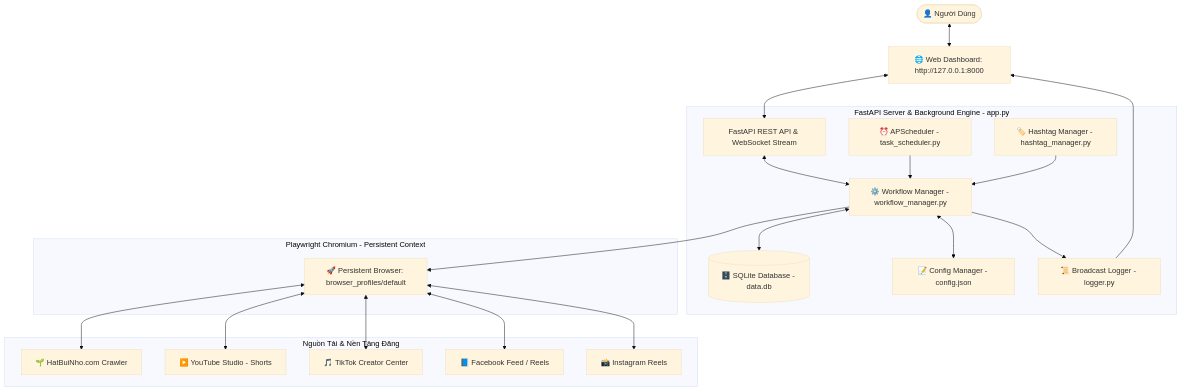
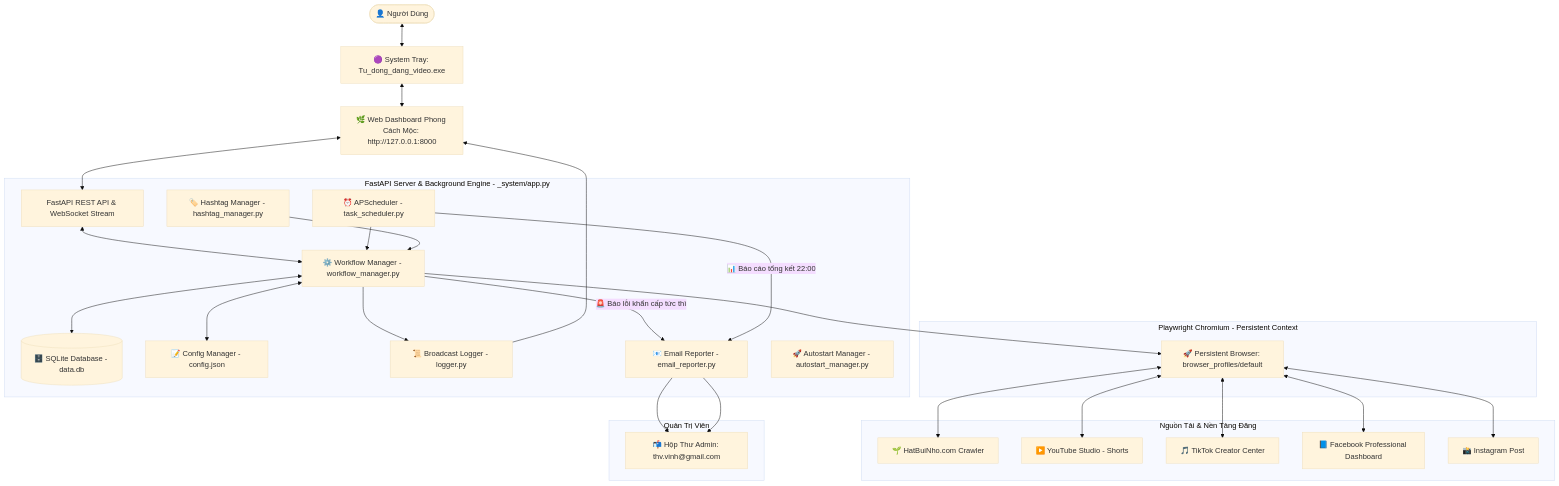
Before and after one commit to ngonco/dangvideo: the diagram in _system/SYSTEM_MAP.MD, drawn with Mermaid (base theme). The commit also changed other lines of this file and 33 other files, not shown here.

First line of the commit message:
Hoan thien dang YT/TT/FB hen native, Instagram Bai viet copy permalink, go chu ky #hatbuinho va them hashtag AI khi tai.

````diff
--- a/_system/SYSTEM_MAP.MD
+++ b/_system/SYSTEM_MAP.MD
@@ -25,41 +30,51 @@
 ```mermaid
 graph TD
-    User([👤 Người Dùng]) <--> Dashboard[🌐 Web Dashboard: http://127.0.0.1:8000]
+    User([👤 Người Dùng]) <--> Tray[🟣 System Tray: Tu_dong_dang_video.exe]
+    Tray <--> Dashboard[🌿 Web Dashboard Phong Cách Mộc: http://127.0.0.1:8000]
     
-    subgraph Core Backend [FastAPI Server & Background Engine - app.py]
+    subgraph Core Backend [FastAPI Server & Background Engine - _system/app.py]
         API[FastAPI REST API & WebSocket Stream]
         Scheduler[⏰ APScheduler - task_scheduler.py]
         WorkflowMgr[⚙️ Workflow Manager - workflow_manager.py]
         DB[(🗄️ SQLite Database - data.db)]
         ConfigMgr[📝 Config Manager - config.json]
         Logger[📜 Broadcast Logger - logger.py]
         HashtagMgr[🏷️ Hashtag Manager - hashtag_manager.py]
+        EmailReporter[📧 Email Reporter - email_reporter.py]
+        AutostartMgr[🚀 Autostart Manager - autostart_manager.py]
     end
 
     subgraph Browser Engine [Playwright Chromium - Persistent Context]
         Browser[🚀 Persistent Browser: browser_profiles/default]
     end
 
     subgraph External Platforms [Nguồn Tải & Nền Tảng Đăng]
         HatBuiNho[🌱 HatBuiNho.com Crawler]
         YT[▶️ YouTube Studio - Shorts]
         TT[🎵 TikTok Creator Center]
-        FB[📘 Facebook Feed / Reels]
-        IG[📸 Instagram Reels]
+        FB[📘 Facebook Professional Dashboard]
+        IG[📸 Instagram Post]
+    end
+
+    subgraph Admin Monitoring [Quản Trị Viên]
+        AdminMail[📬 Hộp Thư Admin: thv.vinh@gmail.com]
     end
 
     Dashboard <--> API
     API <--> WorkflowMgr
     Scheduler --> WorkflowMgr
     WorkflowMgr <--> DB
     WorkflowMgr <--> ConfigMgr
     WorkflowMgr --> Logger --> Dashboard
     
     WorkflowMgr --> Browser
     Browser <--> HatBuiNho
     Browser <--> YT
     Browser <--> TT
     Browser <--> FB
     Browser <--> IG
     HashtagMgr --> WorkflowMgr
+
+    WorkflowMgr -->|🚨 Báo lỗi khẩn cấp tức thì| EmailReporter --> AdminMail
+    Scheduler -->|📊 Báo cáo tổng kết 22:00| EmailReporter --> AdminMail
 ```
````
